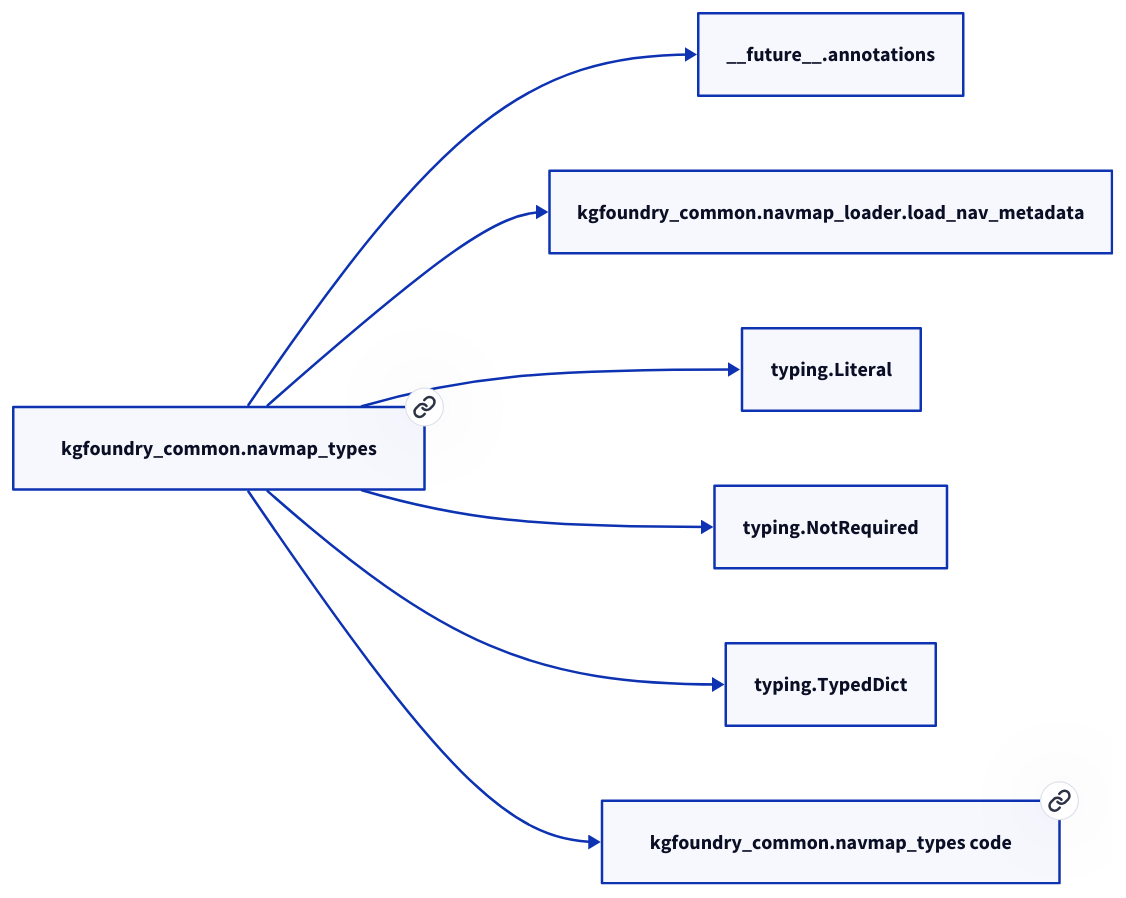
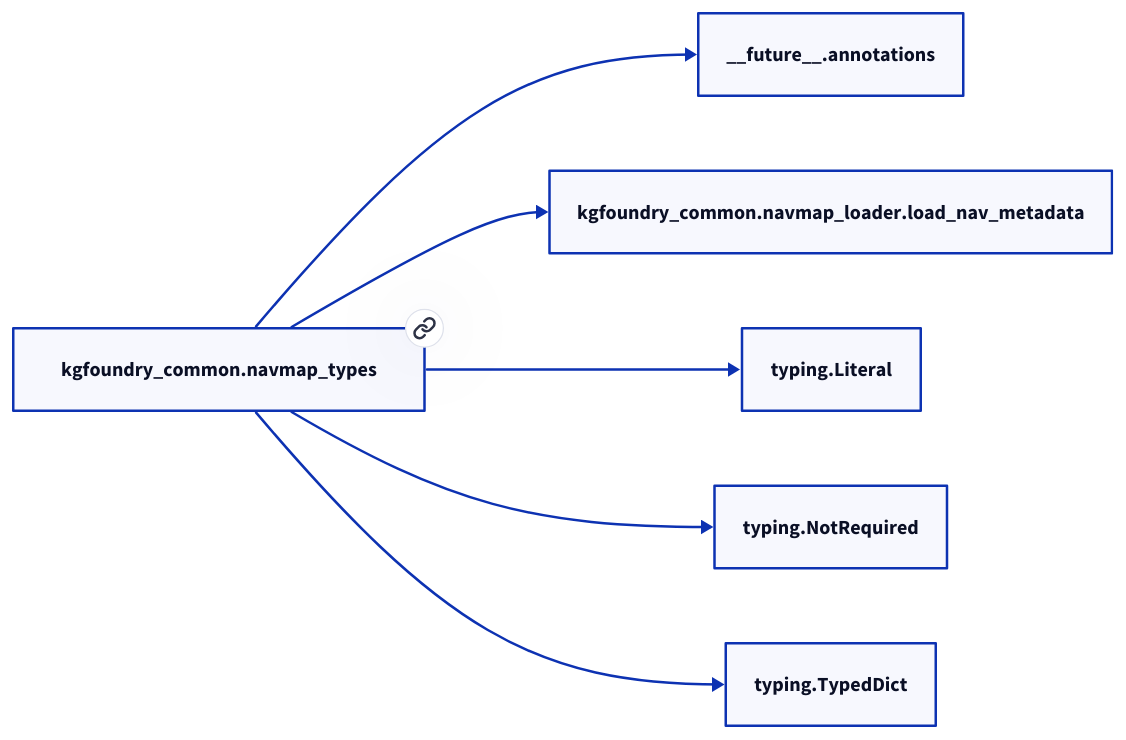
Before and after one commit to paul-heyse/kgforge: the second of 2 diagrams in docs/modules/kgfoundry_common/navmap_types.md, drawn with D2. The commit also changed other lines of this file and 118 other files, not shown here.

````diff
--- a/docs/modules/kgfoundry_common/navmap_types.md
+++ b/docs/modules/kgfoundry_common/navmap_types.md
@@ -64,16 +62,14 @@
 ```d2
 direction: right
-"kgfoundry_common.navmap_types": "kgfoundry_common.navmap_types" { link: "./kgfoundry_common/navmap_types.md" }
+"kgfoundry_common.navmap_types": "kgfoundry_common.navmap_types" { link: "navmap_types.md" }
 "__future__.annotations": "__future__.annotations"
 "kgfoundry_common.navmap_types" -> "__future__.annotations"
 "kgfoundry_common.navmap_loader.load_nav_metadata": "kgfoundry_common.navmap_loader.load_nav_metadata"
 "kgfoundry_common.navmap_types" -> "kgfoundry_common.navmap_loader.load_nav_metadata"
 "typing.Literal": "typing.Literal"
 "kgfoundry_common.navmap_types" -> "typing.Literal"
 "typing.NotRequired": "typing.NotRequired"
 "kgfoundry_common.navmap_types" -> "typing.NotRequired"
 "typing.TypedDict": "typing.TypedDict"
 "kgfoundry_common.navmap_types" -> "typing.TypedDict"
-"kgfoundry_common.navmap_types_code": "kgfoundry_common.navmap_types code" { link: "https://github.com/kgfoundry/kgfoundry/blob/main/src/kgfoundry_common/navmap_types.py" }
-"kgfoundry_common.navmap_types" -> "kgfoundry_common.navmap_types_code" { style: dashed }
 ```
````
